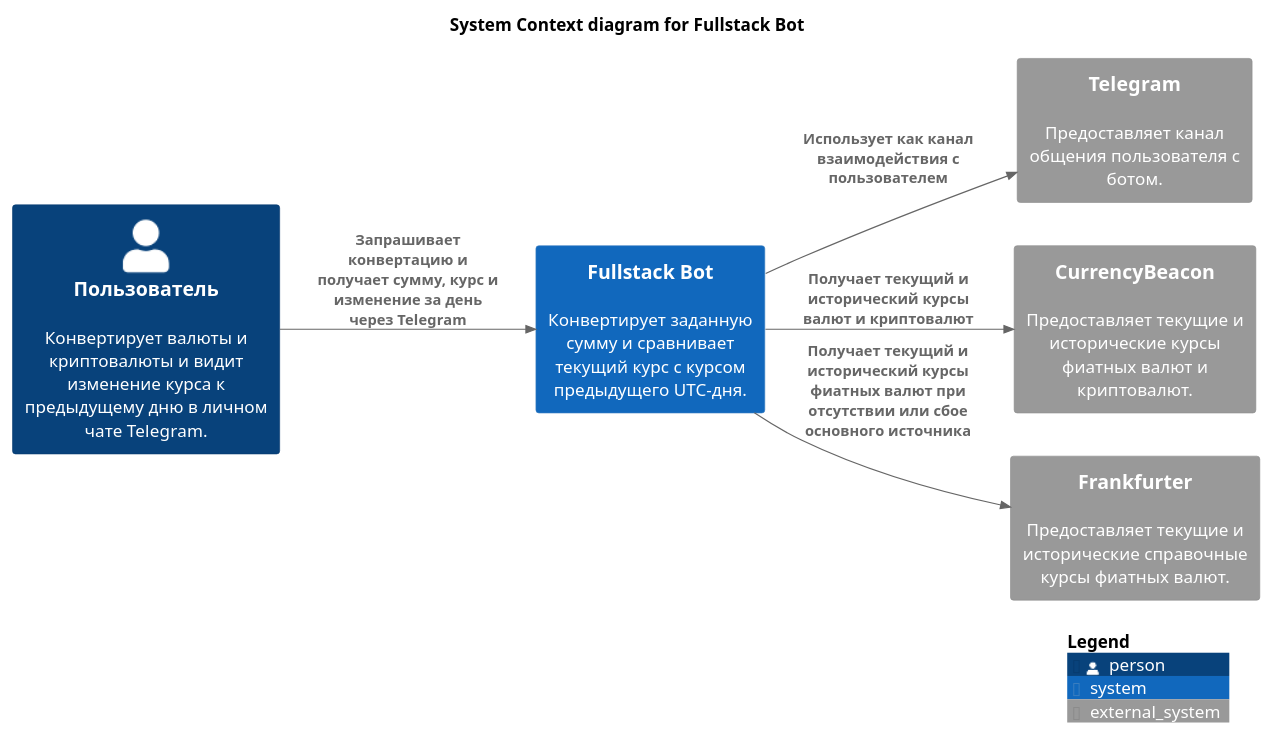
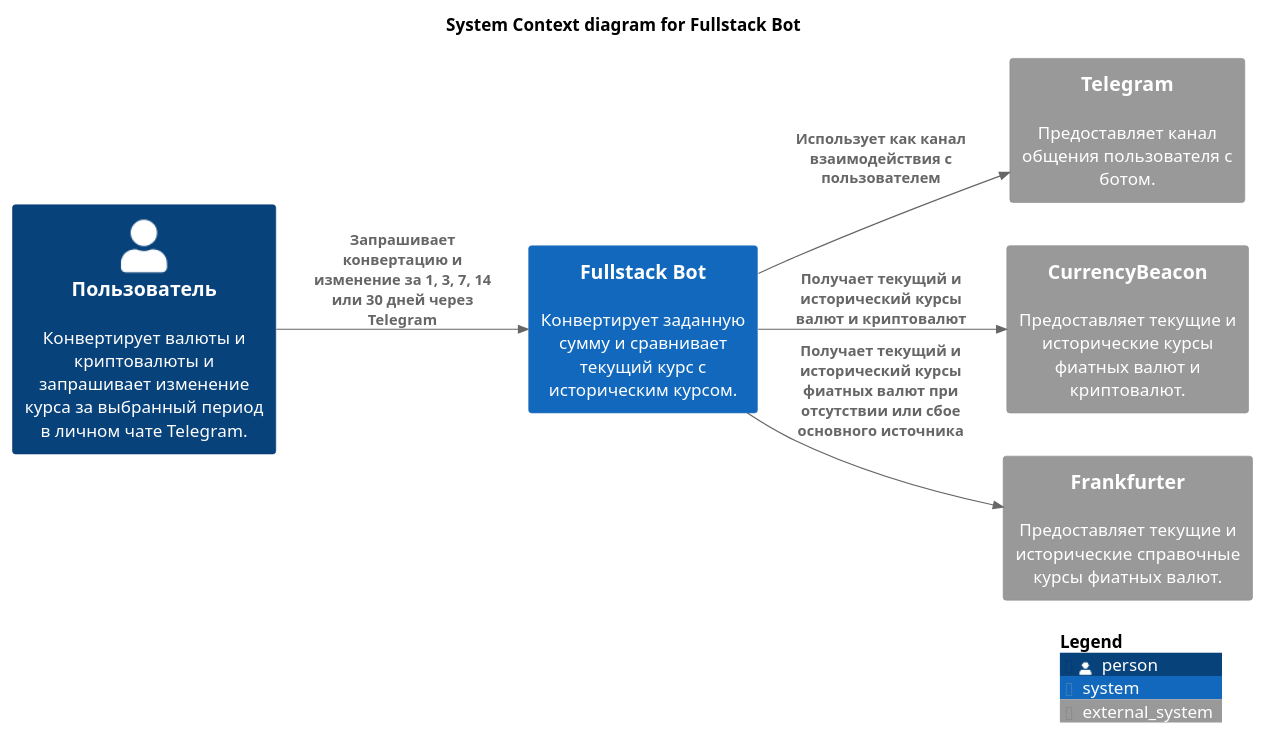
The diagram in docs/architecture/c4-context.puml (yarek-dev/FastestCurrency), drawn with PlantUML before and after one commit. The commit also changed 31 other files, not shown here.

```diff
--- a/docs/architecture/c4-context.puml
+++ b/docs/architecture/c4-context.puml
@@ -1,22 +1,22 @@
 @startuml Fullstack Bot - System Context
 !include <C4/C4_Context>
 
 title System Context diagram for Fullstack Bot
 
 LAYOUT_LEFT_RIGHT()
 
-Person(user, "Пользователь", "Конвертирует валюты и криптовалюты и видит изменение курса к предыдущему дню в личном чате Telegram.")
+Person(user, "Пользователь", "Конвертирует валюты и криптовалюты и запрашивает изменение курса за выбранный период в личном чате Telegram.")
 
-System(fullstack_bot, "Fullstack Bot", "Конвертирует заданную сумму и сравнивает текущий курс с курсом предыдущего UTC-дня.")
+System(fullstack_bot, "Fullstack Bot", "Конвертирует заданную сумму и сравнивает текущий курс с историческим курсом.")
 
 System_Ext(telegram, "Telegram", "Предоставляет канал общения пользователя с ботом.")
 System_Ext(currency_beacon, "CurrencyBeacon", "Предоставляет текущие и исторические курсы фиатных валют и криптовалют.")
 System_Ext(frankfurter, "Frankfurter", "Предоставляет текущие и исторические справочные курсы фиатных валют.")
 
-Rel(user, fullstack_bot, "Запрашивает конвертацию и получает сумму, курс и изменение за день через Telegram")
+Rel(user, fullstack_bot, "Запрашивает конвертацию и изменение за 1, 3, 7, 14 или 30 дней через Telegram")
 Rel(fullstack_bot, telegram, "Использует как канал взаимодействия с пользователем")
 Rel(fullstack_bot, currency_beacon, "Получает текущий и исторический курсы валют и криптовалют")
 Rel(fullstack_bot, frankfurter, "Получает текущий и исторический курсы фиатных валют при отсутствии или сбое основного источника")
 
 SHOW_LEGEND()
 @enduml
```
